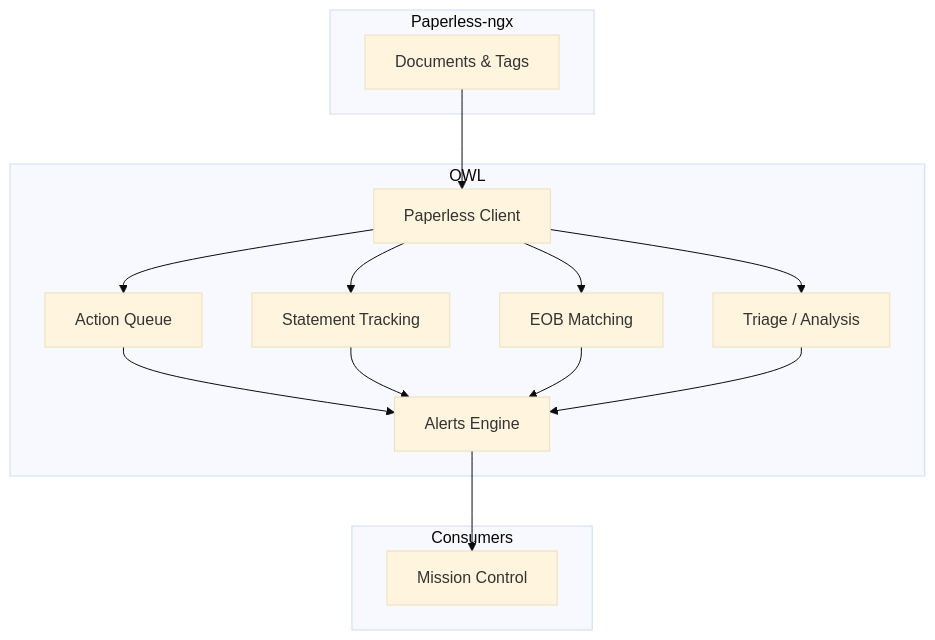
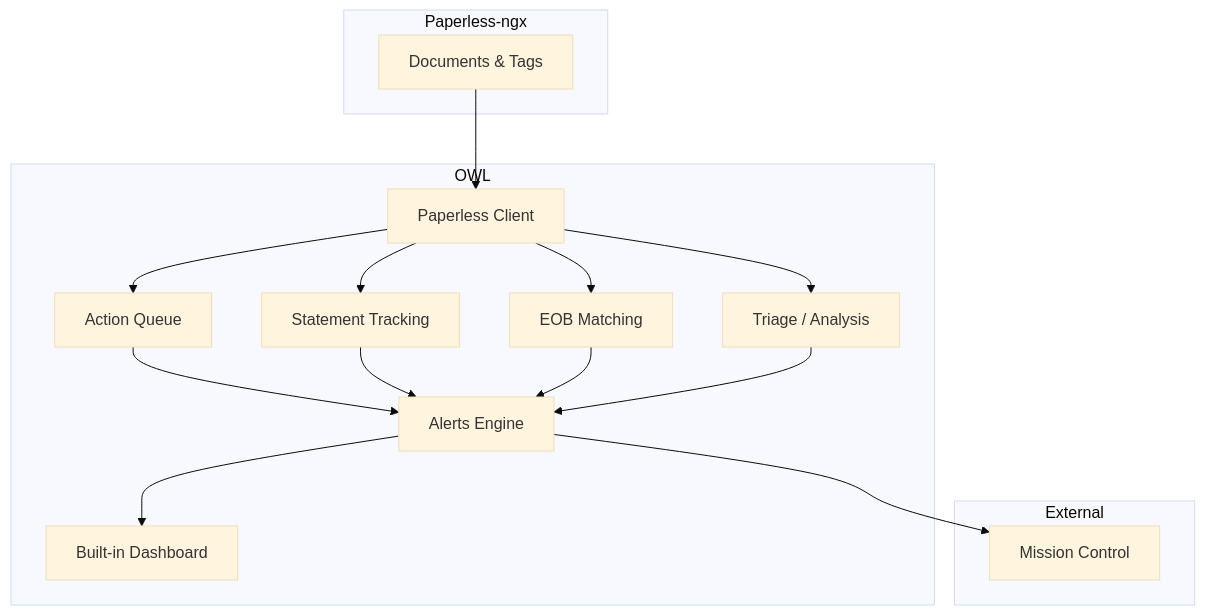
Before and after one commit to rsocko/owl: the second of 3 diagrams in docs/architecture/index.md, drawn with Mermaid (base theme). The commit also changed other lines of this file and 2 other files, not shown here.

First line of the commit message:
docs(owl): correct architecture to reflect full-stack app with built-in UI

````diff
--- a/docs/architecture/index.md
+++ b/docs/architecture/index.md
@@ -60,30 +67,32 @@
 ```mermaid
 flowchart TD
     subgraph Paperless-ngx
         docs[Documents & Tags]
     end
 
     subgraph OWL
         client[Paperless Client]
         aq[Action Queue]
         st[Statement Tracking]
         eob[EOB Matching]
         triage[Triage / Analysis]
         alerts[Alerts Engine]
+        ui[Built-in Dashboard]
     end
 
-    subgraph Consumers
+    subgraph External
         mc[Mission Control]
     end
 
     docs --> client
     client --> aq
     client --> st
     client --> eob
     client --> triage
     aq --> alerts
     st --> alerts
     eob --> alerts
     triage --> alerts
+    alerts --> ui
     alerts --> mc
 ```
````
